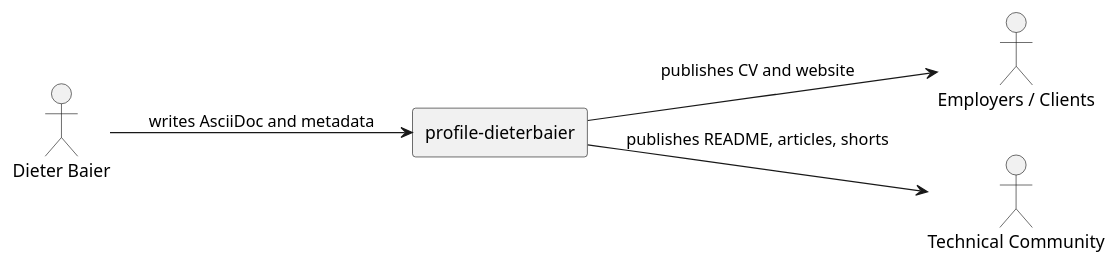
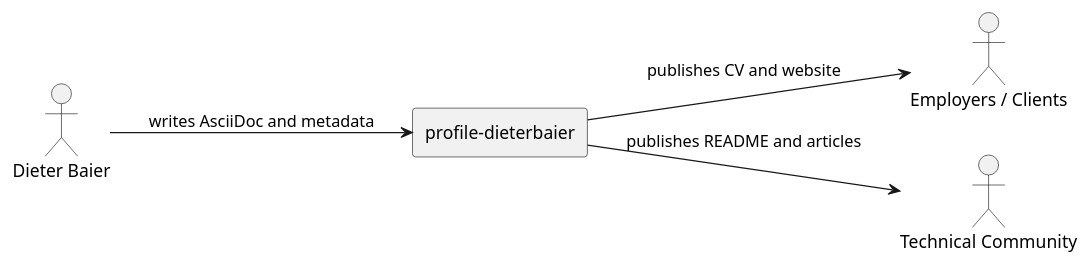
One commit to dieterbaier/profile changed the first of 2 diagrams in src-content/docs/arc42/doc-03000-system-scope-and-context.adoc. Above: the diagram before and after it, drawn with PlantUML. The commit also changed 20 other files, not shown here.

```diff
--- a/src-content/docs/arc42/doc-03000-system-scope-and-context.adoc
+++ b/src-content/docs/arc42/doc-03000-system-scope-and-context.adoc
@@ -22,13 +22,13 @@
 [plantuml]
 ----
 @startuml
 left to right direction
 actor "Dieter Baier" as Author
 rectangle "profile-dieterbaier" as System
 actor "Employers / Clients" as Audience
 actor "Technical Community" as Community
 Author --> System : writes AsciiDoc and metadata
 System --> Audience : publishes CV and website
-System --> Community : publishes README, articles, shorts
+System --> Community : publishes README and articles
 @enduml
 ----
```
